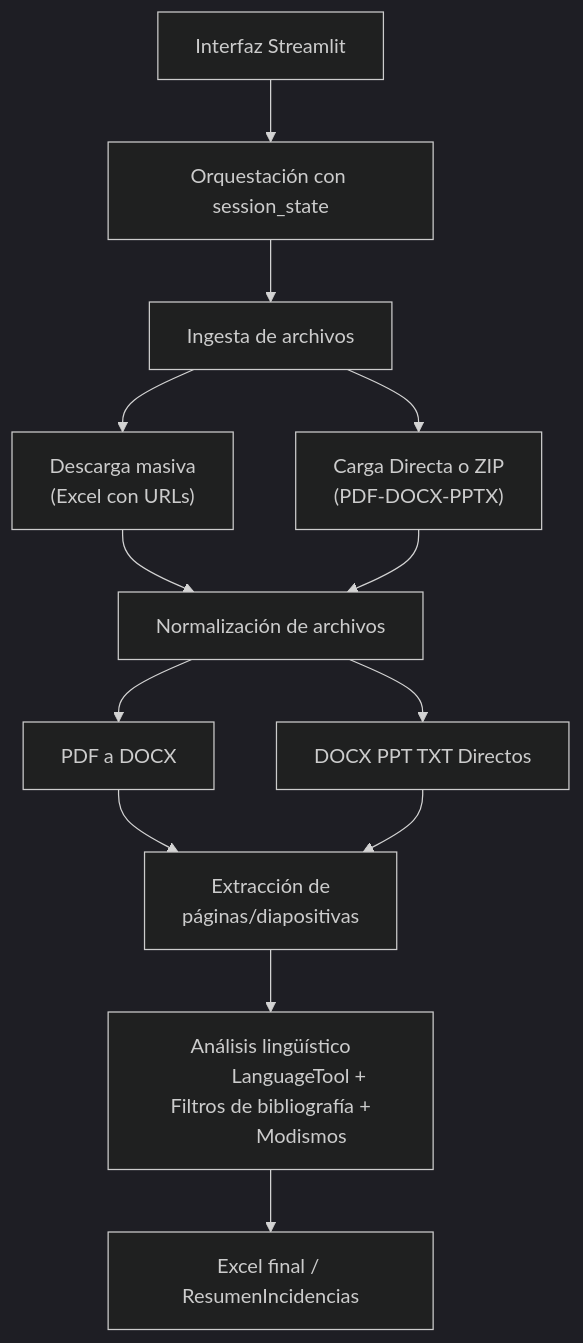
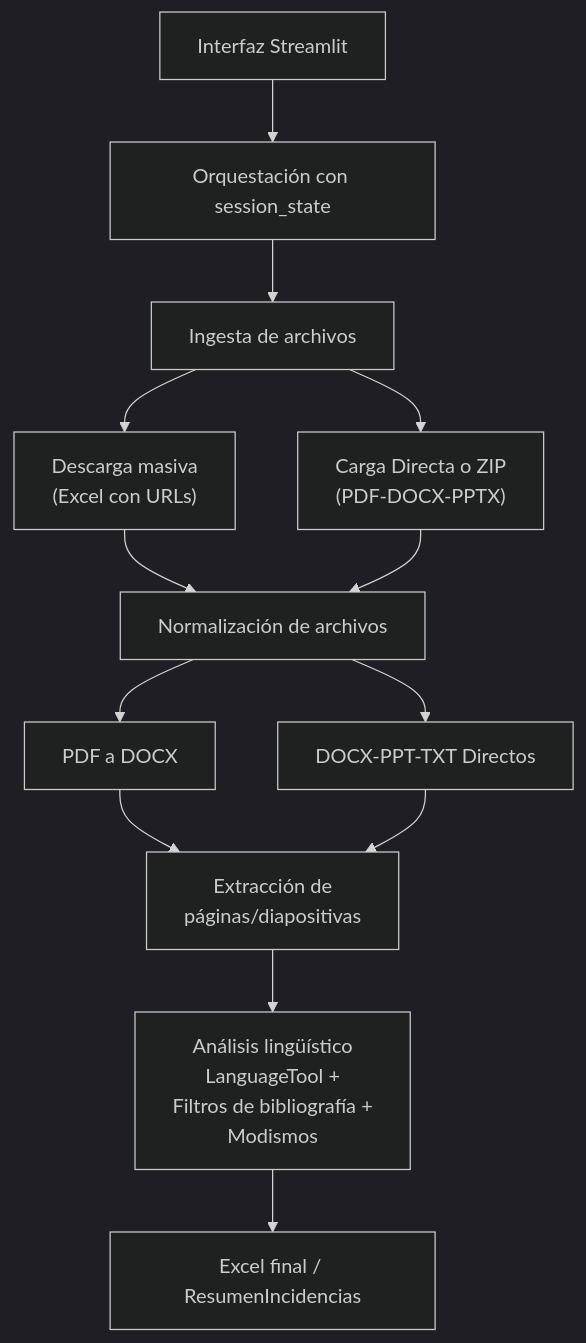
One commit to joseluisantunezcondezo/UTP_GrammarScan changed the diagram in README.md. Above: the diagram before and after it, drawn with Mermaid (dark theme).

Commit message:
README.md

````diff
--- a/README.md
+++ b/README.md
@@ -149,20 +149,21 @@
 ```mermaid
 flowchart TD
     A[Interfaz Streamlit] --> B[Orquestación con session_state]
     B --> C[Ingesta de archivos]
     C --> D1["Descarga masiva
               (Excel con URLs)"]
     C --> D2["Carga Directa o ZIP
             (PDF-DOCX-PPTX)"]
     D1 --> E[Normalización de archivos]
     D2 --> E
     E --> F1[PDF a DOCX]
-    E --> F2[DOCX PPT TXT Directos]
+    E --> F2[DOCX-PPT-TXT Directos]
     F1 --> G["Extracción de
               páginas/diapositivas"]
     F2 --> G
     G --> H["Análisis lingüístico
-            LanguageTool + Filtros de bibliografía +
+            LanguageTool +
+            Filtros de bibliografía +
             Modismos"]
     H --> J[Excel final / ResumenIncidencias]
 ```
````
